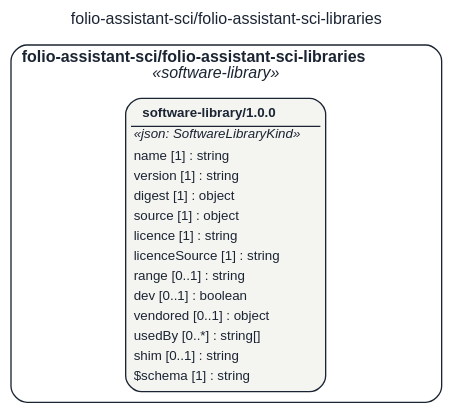
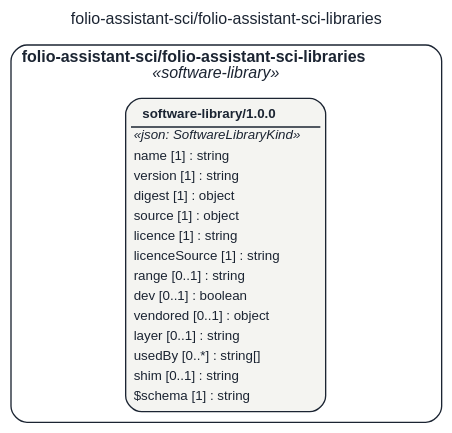
The diagram in assets/img/uml/overview/folio-assistant-sci/folio-assistant-sci-libraries.dot (litlfred/folio-assistant), drawn with Graphviz before and after one commit. The commit also changed 20371 other files, not shown here.

```diff
--- a/assets/img/uml/overview/folio-assistant-sci/folio-assistant-sci-libraries.dot
+++ b/assets/img/uml/overview/folio-assistant-sci/folio-assistant-sci-libraries.dot
@@ -1,11 +1,11 @@
 // GENERATED by cat-harness-tools/scripts/gen-uml-overview.ts — do not edit.
 // Rendered page (interactive view, same model): https://litlfred.github.io/folio-assistant/uml/overview/folio-assistant-sci/folio-assistant-sci-libraries.html
 digraph "folio_assistant_sci_folio_assistant_sci_libraries" {
   graph [label="folio-assistant-sci/folio-assistant-sci-libraries", labelloc=t, fontname="Helvetica", fontsize=12, fontcolor="#1b2432", newrank=true, ratio=auto, nodesep=0.3, ranksep=0.5, bgcolor="transparent"];
   node [shape=box, style="rounded,filled", margin=0.05, fontname="Helvetica", fontsize=10, color="#1b2432", fontcolor="#1b2432"];
   edge [color="#1b2432", fontcolor="#1b2432", fontname="Helvetica", fontsize=9];
   subgraph "cluster_pkg_folio_assistant_sci_folio_assistant_sci_libraries" {
     label=<<b>folio-assistant-sci/folio-assistant-sci-libraries</b><br/><i>«software-library»</i>>; style="rounded"; color="#1b2432"; class="fa_uml_subgraph";
-    "folio_assistant_sci_folio_assistant_sci_libraries_software_library_1_0_0_software_library_1_0_0" [fillcolor="#f4f4f1", class="fa_uml_kind_software_library", label=<<table border="0" cellborder="0" cellspacing="0" cellpadding="2"><tr><td border="1" sides="b"><b>software-library/1.0.0</b></td></tr><tr><td><i>«json: SoftwareLibraryKind»</i></td></tr><tr><td align="left">name [1] : string</td></tr><tr><td align="left">version [1] : string</td></tr><tr><td align="left">digest [1] : object</td></tr><tr><td align="left">source [1] : object</td></tr><tr><td align="left">licence [1] : string</td></tr><tr><td align="left">licenceSource [1] : string</td></tr><tr><td align="left">range [0..1] : string</td></tr><tr><td align="left">dev [0..1] : boolean</td></tr><tr><td align="left">vendored [0..1] : object</td></tr><tr><td align="left">usedBy [0..*] : string[]</td></tr><tr><td align="left">shim [0..1] : string</td></tr><tr><td align="left">$schema [1] : string</td></tr></table>>];
+    "folio_assistant_sci_folio_assistant_sci_libraries_software_library_1_0_0_software_library_1_0_0" [fillcolor="#f4f4f1", class="fa_uml_kind_software_library", label=<<table border="0" cellborder="0" cellspacing="0" cellpadding="2"><tr><td border="1" sides="b"><b>software-library/1.0.0</b></td></tr><tr><td><i>«json: SoftwareLibraryKind»</i></td></tr><tr><td align="left">name [1] : string</td></tr><tr><td align="left">version [1] : string</td></tr><tr><td align="left">digest [1] : object</td></tr><tr><td align="left">source [1] : object</td></tr><tr><td align="left">licence [1] : string</td></tr><tr><td align="left">licenceSource [1] : string</td></tr><tr><td align="left">range [0..1] : string</td></tr><tr><td align="left">dev [0..1] : boolean</td></tr><tr><td align="left">vendored [0..1] : object</td></tr><tr><td align="left">layer [0..1] : string</td></tr><tr><td align="left">usedBy [0..*] : string[]</td></tr><tr><td align="left">shim [0..1] : string</td></tr><tr><td align="left">$schema [1] : string</td></tr></table>>];
   }
 }
```
